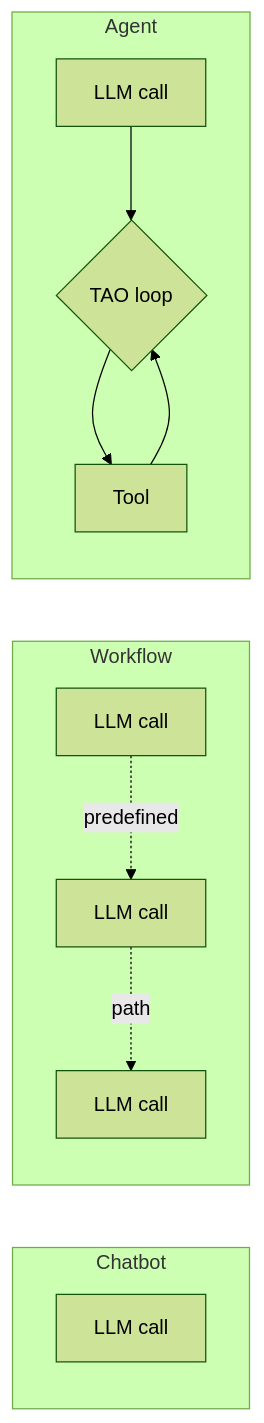
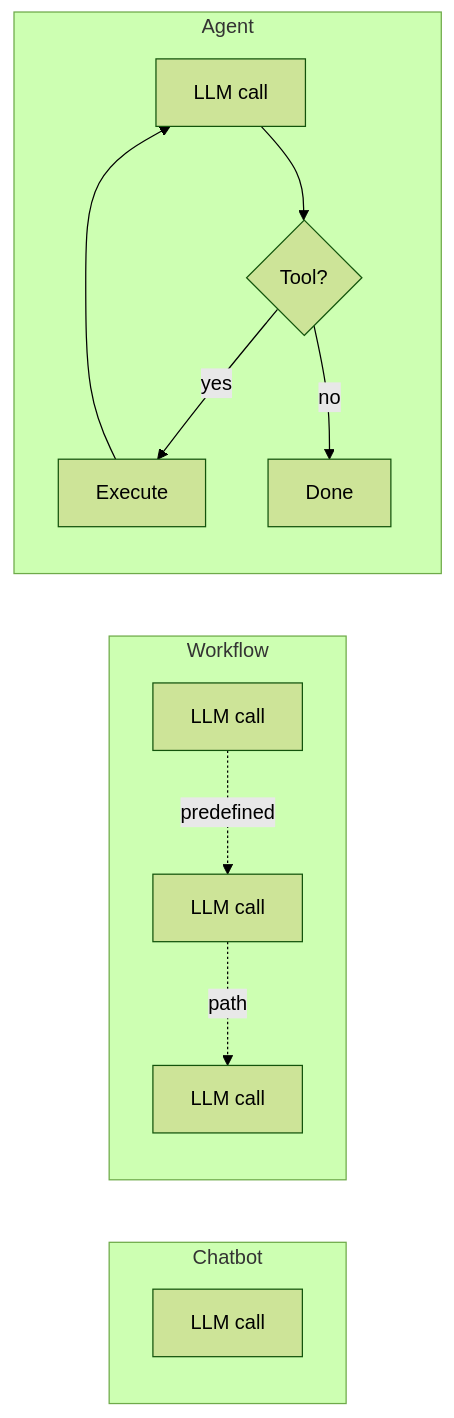
One commit to averagejoeslab/agenteng changed the diagram in agentic-engineering/lessons/01-what-is-an-agent/README.md. Above: the diagram before and after it, drawn with Mermaid (forest theme). The commit also changed other lines of this file, not shown here.

````diff
--- a/agentic-engineering/lessons/01-what-is-an-agent/README.md
+++ b/agentic-engineering/lessons/01-what-is-an-agent/README.md
@@ -40,13 +38,15 @@
 ```mermaid
 flowchart LR
     subgraph Chatbot
         A1[LLM call]
     end
     subgraph Workflow
         B1[LLM call] -.predefined.-> B2[LLM call] -.path.-> B3[LLM call]
     end
     subgraph Agent
-        C1[LLM call] --> C2{TAO loop}
-        C2 --> C3[Tool] --> C2
+        direction TB
+        C1[LLM call] --> C2{Tool?}
+        C2 -->|yes| C3[Execute] --> C1
+        C2 -->|no| C4[Done]
     end
 ```
````
